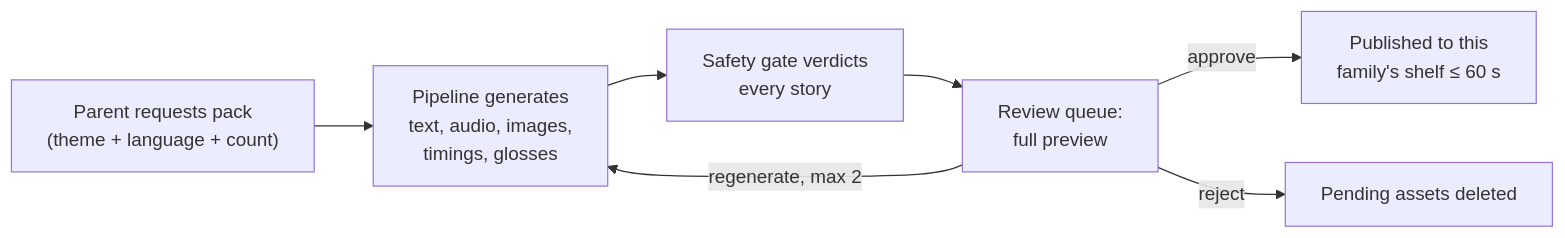
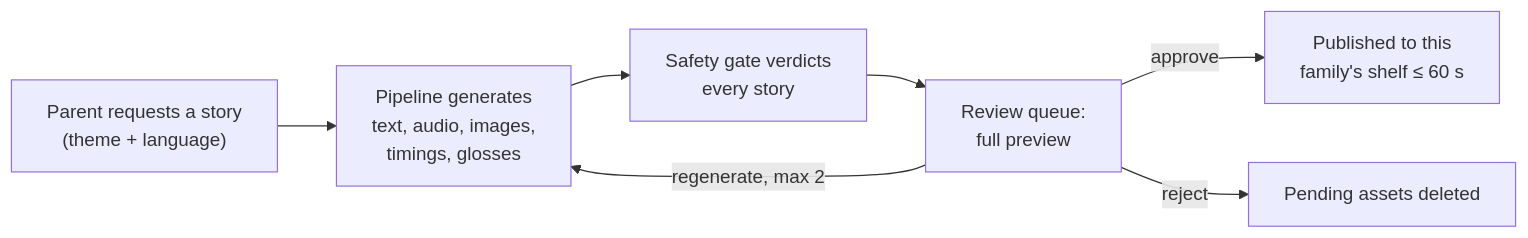
Before and after one commit to darth-dodo/cantastorie: the second of 2 diagrams in docs/product.md, drawn with Mermaid. The commit also changed other lines of this file and 44 other files, not shown here.

````diff
--- a/docs/product.md
+++ b/docs/product.md
@@ -223,9 +223,9 @@
 ```mermaid
 flowchart LR
-    A["Parent requests pack<br/>(theme + language + count)"] --> B["Pipeline generates<br/>text, audio, images,<br/>timings, glosses"]
+    A["Parent requests a story<br/>(theme + language)"] --> B["Pipeline generates<br/>text, audio, images,<br/>timings, glosses"]
     B --> C["Safety gate verdicts<br/>every story"]
     C --> D["Review queue:<br/>full preview"]
     D -->|approve| E["Published to this<br/>family's shelf ≤ 60 s"]
     D -->|reject| F["Pending assets deleted"]
     D -->|regenerate, max 2| B
 ```
````
